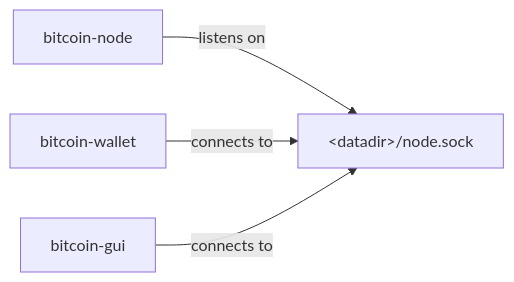
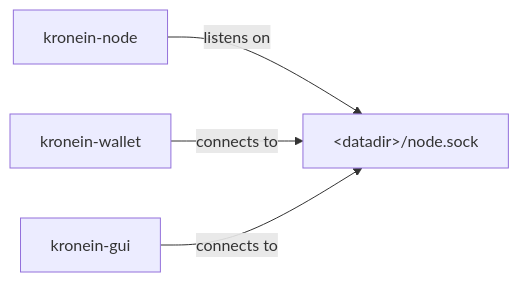
The first of 3 diagrams in doc/design/multiprocess.md (marcofortina/kronein), drawn with Mermaid before and after one commit. The commit also changed other lines of this file and 64 other files, not shown here.

````diff
--- a/doc/design/multiprocess.md
+++ b/doc/design/multiprocess.md
@@ -29,6 +29,6 @@
 ```mermaid
 flowchart LR
-    node[bitcoin-node] -- listens on --> socket["&lt;datadir&gt;/node.sock"]
-    wallet[bitcoin-wallet] -- connects to --> socket
-    gui[bitcoin-gui] -- connects to --> socket
+    node[kronein-node] -- listens on --> socket["&lt;datadir&gt;/node.sock"]
+    wallet[kronein-wallet] -- connects to --> socket
+    gui[kronein-gui] -- connects to --> socket
 ```
````
